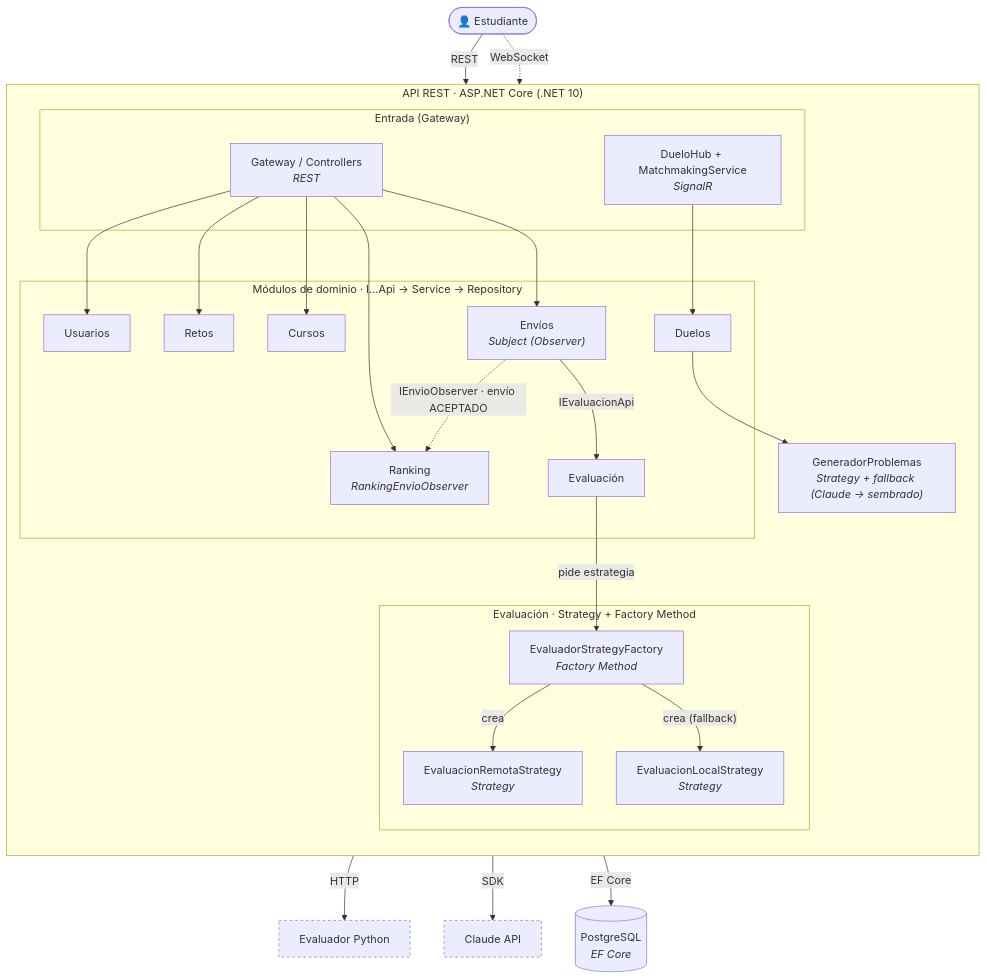
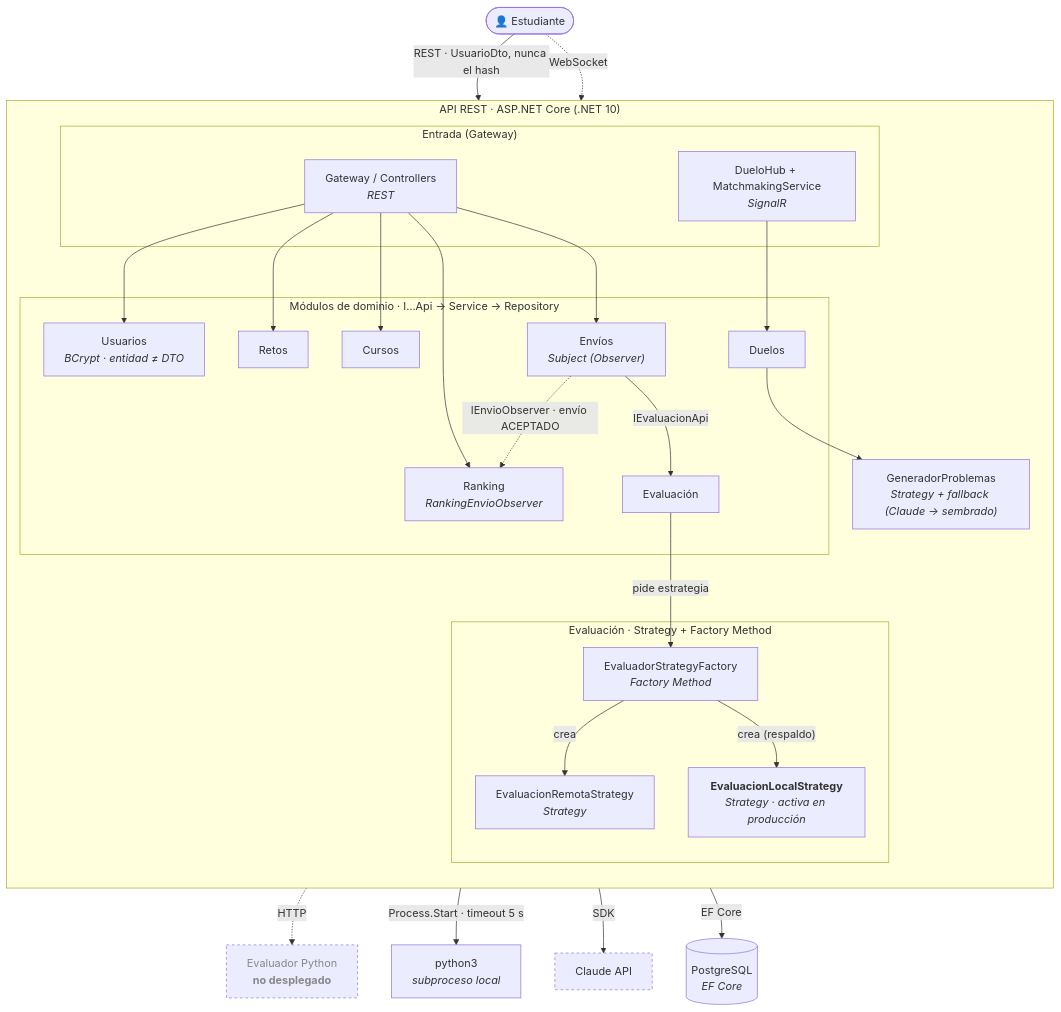
Before and after one commit to Cab5ter/CodeMX-: the fourth of 4 diagrams in README.md, drawn with Mermaid. The commit also changed other lines of this file and 11 other files, not shown here.

````diff
--- a/README.md
+++ b/README.md
@@ -388,51 +413,55 @@
 ```mermaid
 flowchart TB
     est(["👤 Estudiante"])
 
     subgraph api["API REST · ASP.NET Core (.NET 10)"]
         direction TB
         subgraph entrada["Entrada (Gateway)"]
             gw["Gateway / Controllers<br/><i>REST</i>"]
             hub["DueloHub + MatchmakingService<br/><i>SignalR</i>"]
         end
         subgraph dominio["Módulos de dominio · I…Api → Service → Repository"]
-            usuarios["Usuarios"]
+            usuarios["Usuarios<br/><i>BCrypt · entidad ≠ DTO</i>"]
             retos["Retos"]
             cursos["Cursos"]
             envios["Envíos<br/><i>Subject (Observer)</i>"]
             ranking["Ranking<br/><i>RankingEnvioObserver</i>"]
             duelos["Duelos"]
             eval["Evaluación"]
         end
         subgraph patrones["Evaluación · Strategy + Factory Method"]
             factory["EvaluadorStrategyFactory<br/><i>Factory Method</i>"]
             stratR["EvaluacionRemotaStrategy<br/><i>Strategy</i>"]
-            stratL["EvaluacionLocalStrategy<br/><i>Strategy</i>"]
+            stratL["<b>EvaluacionLocalStrategy</b><br/><i>Strategy · activa en producción</i>"]
         end
         gen["GeneradorProblemas<br/><i>Strategy + fallback (Claude → sembrado)</i>"]
     end
 
     db[("PostgreSQL<br/><i>EF Core</i>")]
-    pyeval["Evaluador Python"]
+    pyeval["Evaluador Python<br/><b>no desplegado</b>"]
     claude["Claude API"]
+    py["python3<br/><i>subproceso local</i>"]
 
-    est -->|"REST"| gw
+    est -->|"REST · UsuarioDto, nunca el hash"| gw
     est -.->|"WebSocket"| hub
 
     gw --> usuarios & retos & cursos & envios & ranking
     hub --> duelos
 
     envios -->|"IEvaluacionApi"| eval
     envios -.->|"IEnvioObserver · envío ACEPTADO"| ranking
     eval -->|"pide estrategia"| factory
     factory -->|"crea"| stratR
-    factory -->|"crea (fallback)"| stratL
-    stratR -->|"HTTP"| pyeval
+    factory -->|"crea (respaldo)"| stratL
+    stratR -.->|"HTTP"| pyeval
+    stratL -->|"Process.Start · timeout 5 s"| py
     duelos --> gen
     gen -->|"SDK"| claude
 
     dominio -->|"EF Core"| db
 
     classDef ext stroke-dasharray:4 4;
-    class pyeval,claude ext;
+    classDef off stroke-dasharray:4 4,color:#888;
+    class claude ext;
+    class pyeval off;
 ```
````
